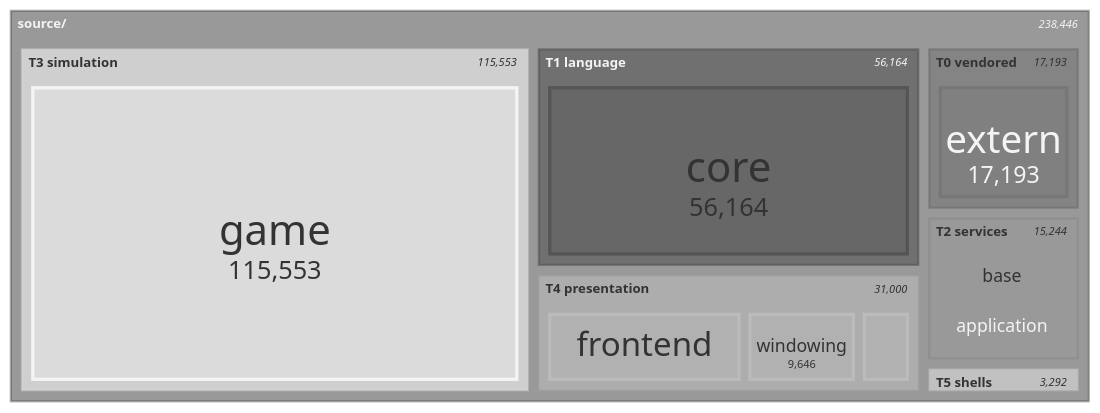
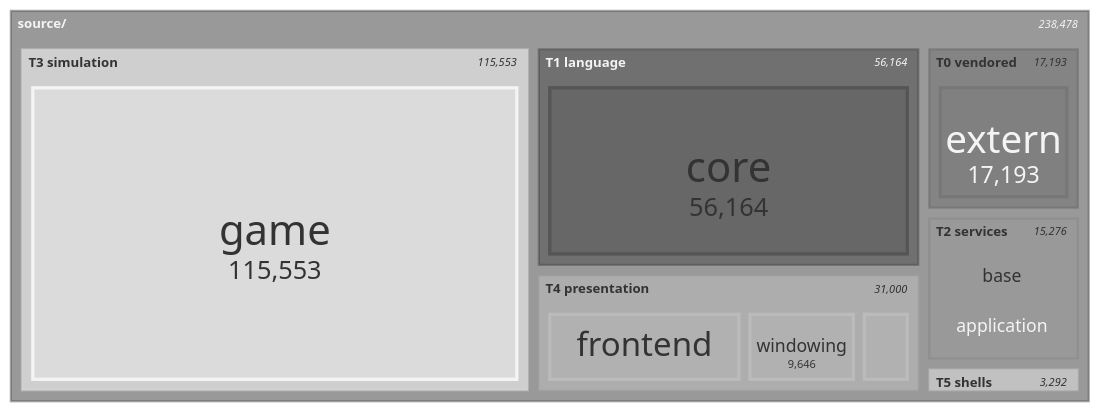
One commit to apnex/OpenStarbound changed the seventh of 11 diagrams in docs/architecture/system-boundaries.md. Above: the diagram before and after it, drawn with Mermaid (neutral theme). The commit also changed other lines of this file and 3 other files, not shown here.

````diff
--- a/docs/architecture/system-boundaries.md
+++ b/docs/architecture/system-boundaries.md
@@ -587,22 +587,22 @@
 ```mermaid
 treemap-beta
 "source/"
     "T0 vendored"
         "extern": 17193
     "T1 language"
         "core": 56164
     "T2 services"
         "base": 7449
         "application": 7444
-        "metrics": 209
+        "metrics": 241
         "platform": 142
     "T3 simulation"
         "game": 115553
     "T4 presentation"
         "frontend": 16863
         "windowing": 9646
         "rendering": 4491
     "T5 shells"
         "client": 2509
         "server": 783
 ```
````
